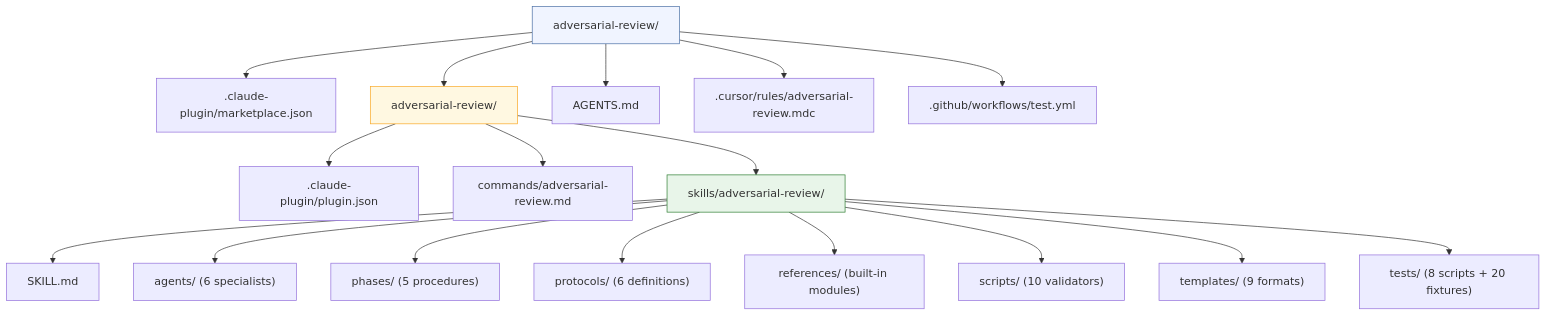
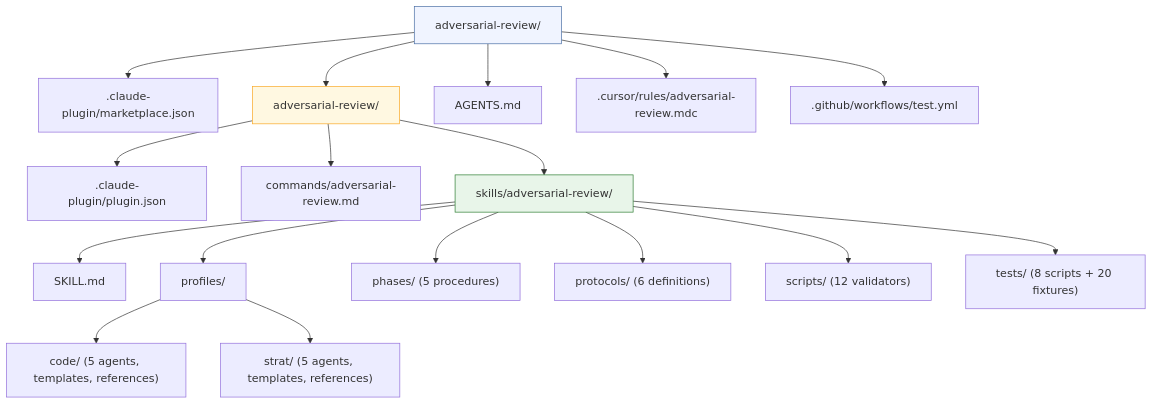
One commit to ugiordan/adversarial-reviewing changed the sixth of 6 diagrams in README.md. Above: the diagram before and after it, drawn with Mermaid. The commit also changed other lines of this file and 51 other files, not shown here.

````diff
--- a/README.md
+++ b/README.md
@@ -408,25 +437,25 @@
 ```mermaid
 graph TD
     ROOT["adversarial-review/"] --> MP[".claude-plugin/marketplace.json"]
     ROOT --> PLUGIN["adversarial-review/"]
     ROOT --> AGENTS["AGENTS.md"]
     ROOT --> CURSOR[".cursor/rules/adversarial-review.mdc"]
     ROOT --> CI[".github/workflows/test.yml"]
 
     PLUGIN --> PP[".claude-plugin/plugin.json"]
     PLUGIN --> CMD["commands/adversarial-review.md"]
     PLUGIN --> SKILL["skills/adversarial-review/"]
 
     SKILL --> SKILLMD["SKILL.md"]
-    SKILL --> AG["agents/ (6 specialists)"]
+    SKILL --> PROF["profiles/"]
+    PROF --> CODE_P["code/ (5 agents, templates, references)"]
+    PROF --> STRAT_P["strat/ (5 agents, templates, references)"]
     SKILL --> PH["phases/ (5 procedures)"]
     SKILL --> PR["protocols/ (6 definitions)"]
-    SKILL --> RF["references/ (built-in modules)"]
-    SKILL --> SC["scripts/ (10 validators)"]
-    SKILL --> TM["templates/ (9 formats)"]
+    SKILL --> SC["scripts/ (12 validators)"]
     SKILL --> TS["tests/ (8 scripts + 20 fixtures)"]
 
     style ROOT fill:#f0f4ff,stroke:#4a6fa5
     style SKILL fill:#e8f5e9,stroke:#2e7d32
     style PLUGIN fill:#fff8e1,stroke:#f9a825
 ```
````
